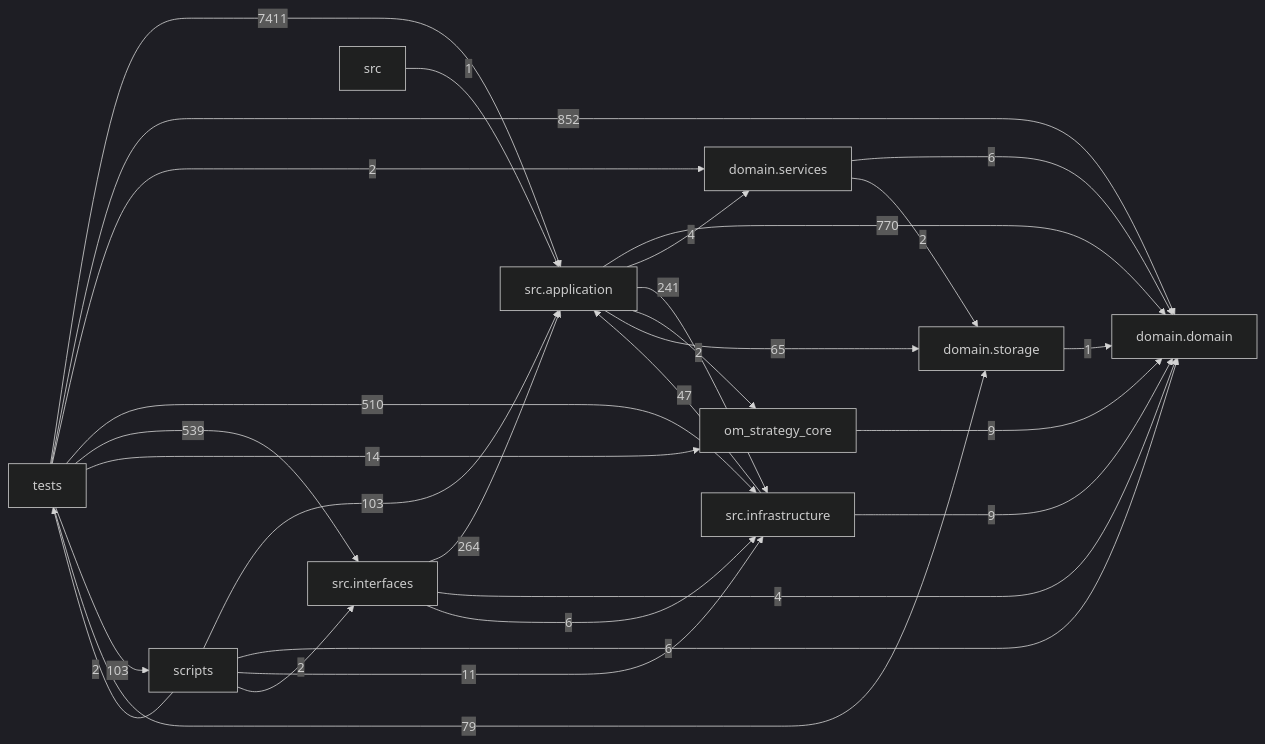
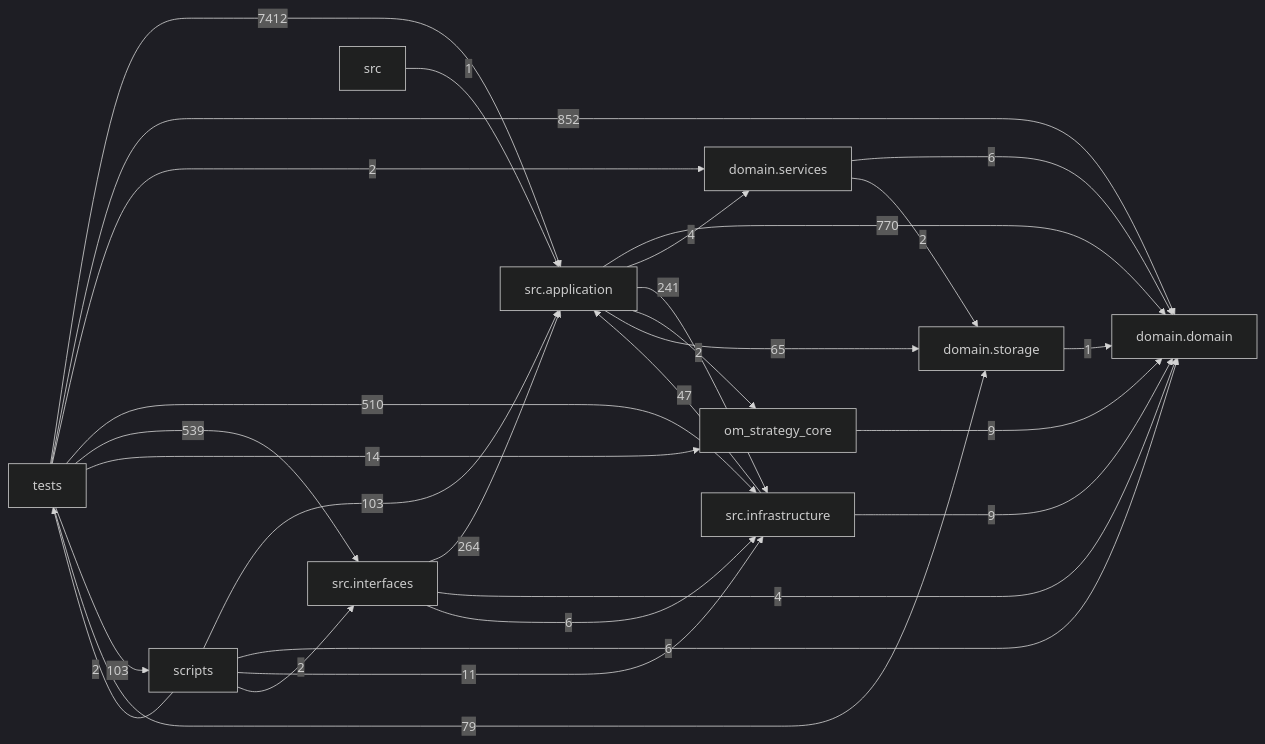
The diagram in docs/DEPENDENCY_GRAPH.md (liuxie066/options-monitor), drawn with Mermaid (dark theme) before and after one commit. The commit also changed other lines of this file and 6 other files, not shown here.

````diff
--- a/docs/DEPENDENCY_GRAPH.md
+++ b/docs/DEPENDENCY_GRAPH.md
@@ -24,39 +24,39 @@
 ```mermaid
 flowchart LR
   tests["tests"]
   scripts["scripts"]
   interfaces["src.interfaces"]
   application["src.application"]
   infrastructure["src.infrastructure"]
   domain_services["domain.services"]
   domain["domain.domain"]
   storage["domain.storage"]
   application -->|770| domain
   application -->|4| domain_services
   application -->|241| infrastructure
   application -->|2| om_strategy_core
   application -->|65| storage
   domain_services -->|6| domain
   domain_services -->|2| storage
   infrastructure -->|47| application
   infrastructure -->|9| domain
   interfaces -->|264| application
   interfaces -->|4| domain
   interfaces -->|6| infrastructure
   om_strategy_core -->|9| domain
   scripts -->|103| application
   scripts -->|6| domain
   scripts -->|11| infrastructure
   scripts -->|2| interfaces
   scripts -->|2| tests
   src -->|1| application
   storage -->|1| domain
-  tests -->|7411| application
+  tests -->|7412| application
   tests -->|852| domain
   tests -->|2| domain_services
   tests -->|510| infrastructure
   tests -->|539| interfaces
   tests -->|14| om_strategy_core
   tests -->|103| scripts
   tests -->|79| storage
 ```
````
